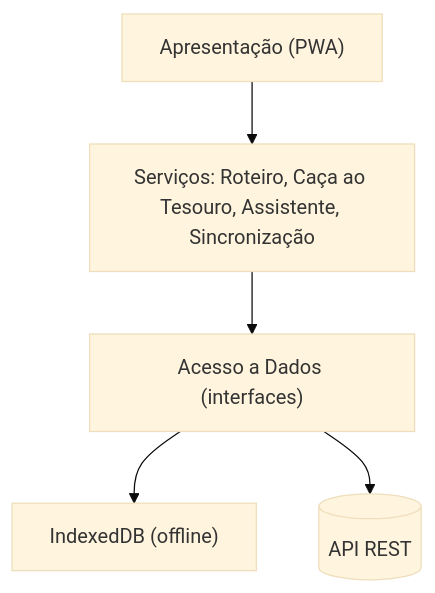
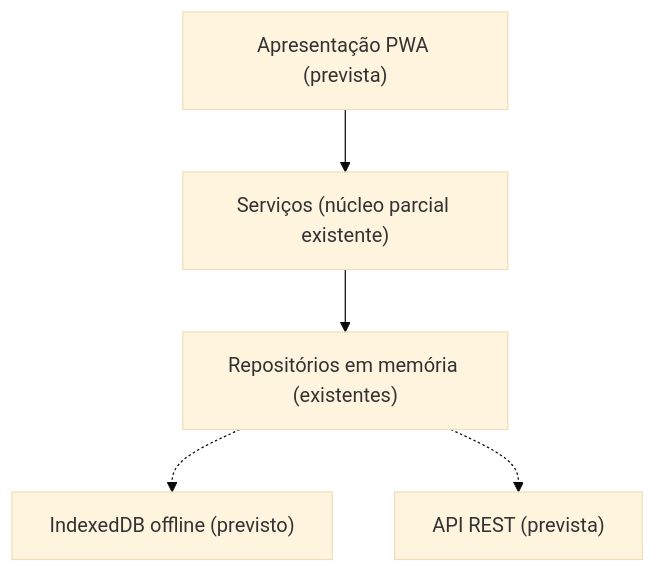
Before and after one commit to PedroRodriguesUFP/Projeto-de-ESOF: the diagram in README.md, drawn with Mermaid (base theme). The commit also changed other lines of this file and 3 other files, not shown here.

````diff
--- a/README.md
+++ b/README.md
@@ -57,7 +61,7 @@
 ```mermaid
 flowchart TB
-    UI["Apresentação (PWA)"] --> SV["Serviços: Roteiro, Caça ao Tesouro, Assistente, Sincronização"]
-    SV --> DA["Acesso a Dados (interfaces)"]
-    DA --> LOC["IndexedDB (offline)"]
-    DA --> API[("API REST")]
+    UI["Apresentação PWA (prevista)"] --> SV["Serviços (núcleo parcial existente)"]
+    SV --> MEM["Repositórios em memória (existentes)"]
+    MEM -.-> LOC["IndexedDB offline (previsto)"]
+    MEM -.-> API["API REST (prevista)"]
 ```
````
